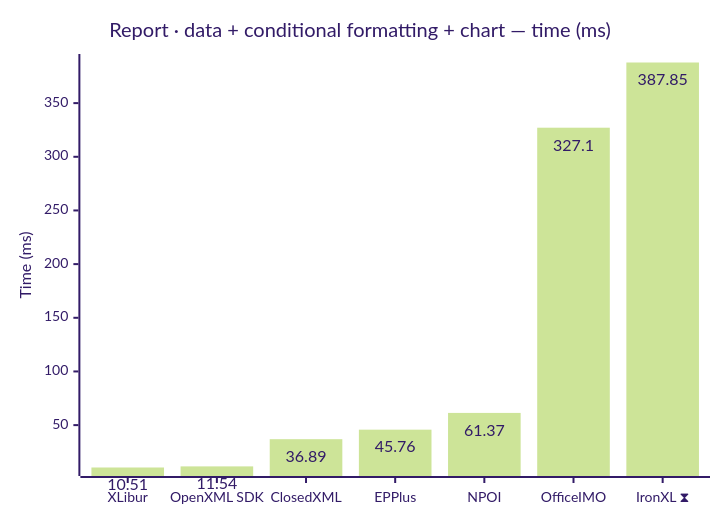
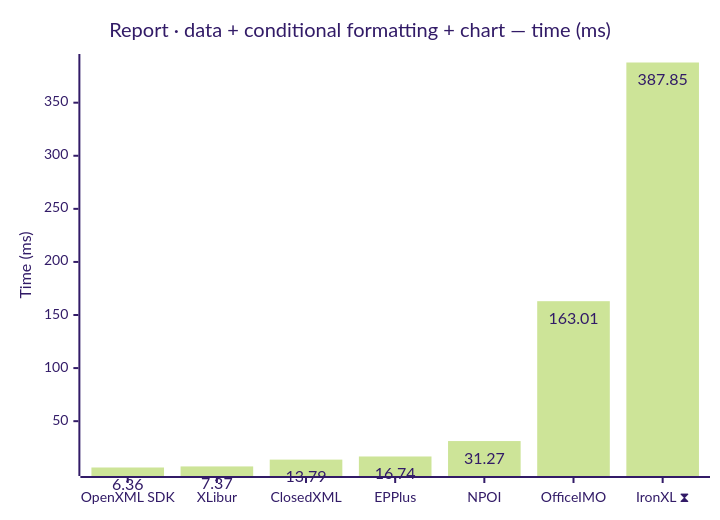
One commit to jafin/XLBench changed the ninth of 18 diagrams in docs/results-ci.md. Above: the diagram before and after it, drawn with Mermaid (forest theme). The commit also changed other lines of this file, not shown here.

````diff
--- a/docs/results-ci.md
+++ b/docs/results-ci.md
@@ -121,12 +147,12 @@
 ```mermaid
 ---
 config:
   xyChart:
     showDataLabel: true
 ---
 xychart-beta
     title "Report · data + conditional formatting + chart — time (ms)"
-    x-axis ["XLibur", "OpenXML SDK", "ClosedXML", "EPPlus", "NPOI", "OfficeIMO", "IronXL ⧗"]
+    x-axis ["OpenXML SDK", "XLibur", "ClosedXML", "EPPlus", "NPOI", "OfficeIMO", "IronXL ⧗"]
     y-axis "Time (ms)"
-    bar [10.51, 11.54, 36.89, 45.76, 61.37, 327.1, 387.85]
+    bar [6.36, 7.37, 13.79, 16.74, 31.27, 163.01, 387.85]
 ```
````
